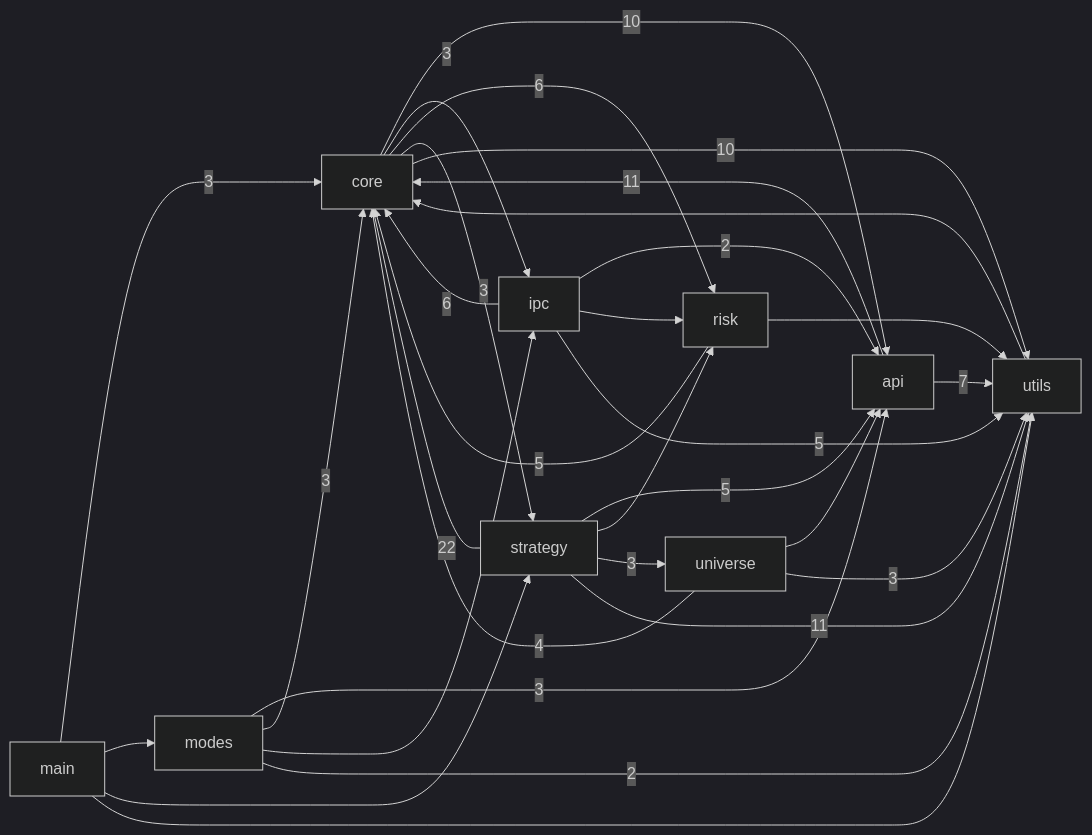
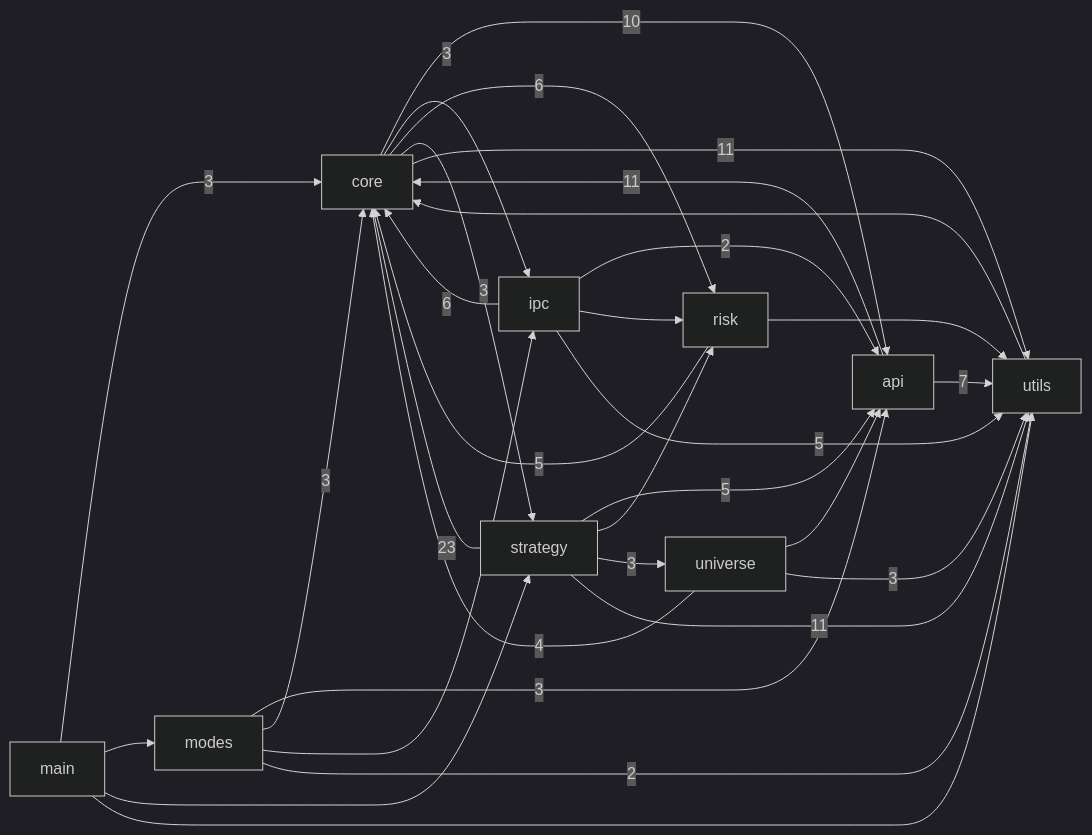
Before and after one commit to pypy8171/Quant: the first of 3 diagrams in docs/CODE_GRAPH.md, drawn with Mermaid (dark theme). The commit also changed other lines of this file and 5 other files, not shown here.

````diff
--- a/docs/CODE_GRAPH.md
+++ b/docs/CODE_GRAPH.md
@@ -10,42 +10,42 @@
 ```mermaid
 graph LR
   main[main]
   modes[modes]
   core[core]
   strategy[strategy]
   api[api]
   universe[universe]
   risk[risk]
   ipc[ipc]
   utils[utils]
   api -->|11| core
   api -->|7| utils
   core -->|10| api
   core -->|3| ipc
   core -->|6| risk
   core -->|3| strategy
-  core -->|10| utils
+  core -->|11| utils
   ipc -->|2| api
   ipc -->|6| core
   ipc --> risk
   ipc -->|5| utils
   main -->|3| core
   main --> modes
   main --> strategy
   main --> utils
   modes -->|3| api
   modes -->|3| core
   modes --> ipc
   modes -->|2| utils
   risk -->|5| core
   risk --> utils
   strategy -->|5| api
-  strategy -->|22| core
+  strategy -->|23| core
   strategy --> risk
   strategy -->|3| universe
   strategy -->|11| utils
   universe --> api
   universe -->|4| core
   universe -->|3| utils
   utils --> core
 ```
````
